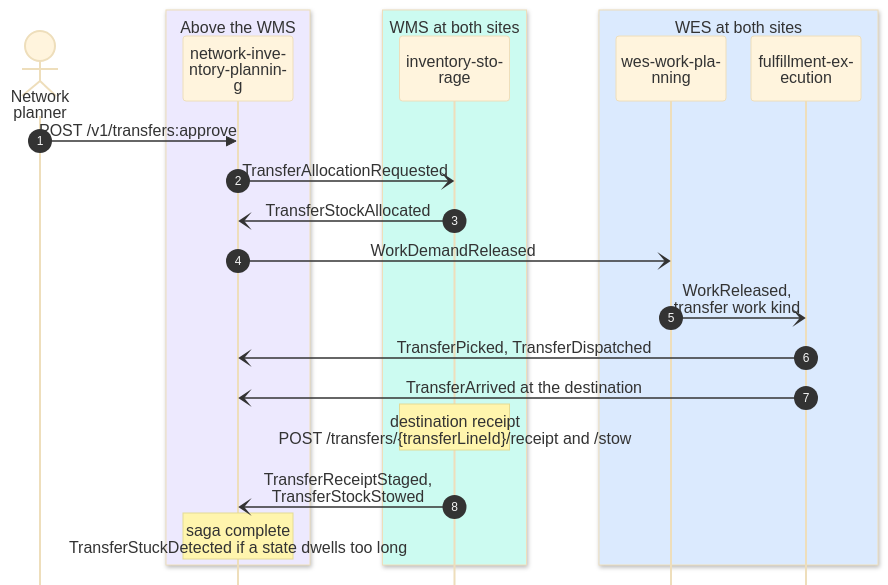
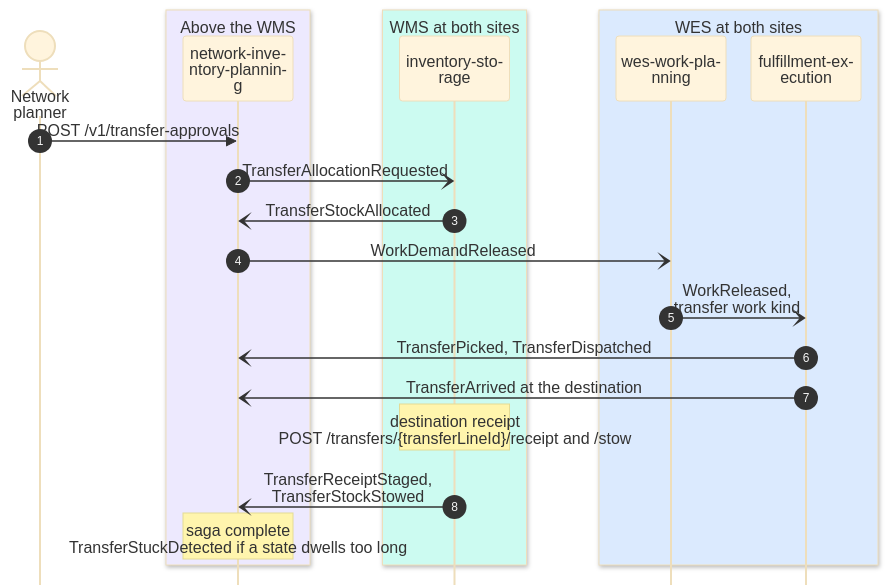
One commit to IQVO/warehouse-docs changed the third of 3 diagrams in docs/wms-wes/tier-interactions.md. Above: the diagram before and after it, drawn with Mermaid (base theme). The commit also changed other lines of this file and 272 other files, not shown here.

````diff
--- a/docs/wms-wes/tier-interactions.md
+++ b/docs/wms-wes/tier-interactions.md
@@ -93,27 +93,27 @@
 ```mermaid
 %%{init: {"sequence": {"wrap": true, "width": 110, "actorMargin": 14, "messageMargin": 26, "boxMargin": 6, "noteMargin": 6, "mirrorActors": false}}}%%
 sequenceDiagram
     autonumber
     actor P as Network planner
     box rgb(237,233,254) Above the WMS
     participant NIP as network-inventory-planning
     end
     box rgb(204,251,241) WMS at both sites
     participant INV as inventory-storage
     end
     box rgb(219,234,254) WES at both sites
     participant WWP as wes-work-planning
     participant FE as fulfillment-execution
     end
 
-    P->>NIP: POST /v1/transfers:approve
+    P->>NIP: POST /v1/transfer-approvals
     NIP-)INV: TransferAllocationRequested
     INV-)NIP: TransferStockAllocated
     NIP-)WWP: WorkDemandReleased
     WWP-)FE: WorkReleased, transfer work kind
     FE-)NIP: TransferPicked, TransferDispatched
     FE-)NIP: TransferArrived at the destination
     Note over INV: destination receipt<br/>POST /transfers/{transferLineId}/receipt and /stow
     INV-)NIP: TransferReceiptStaged, TransferStockStowed
     Note over NIP: saga complete<br/>TransferStuckDetected if a state dwells too long
 ```
````
